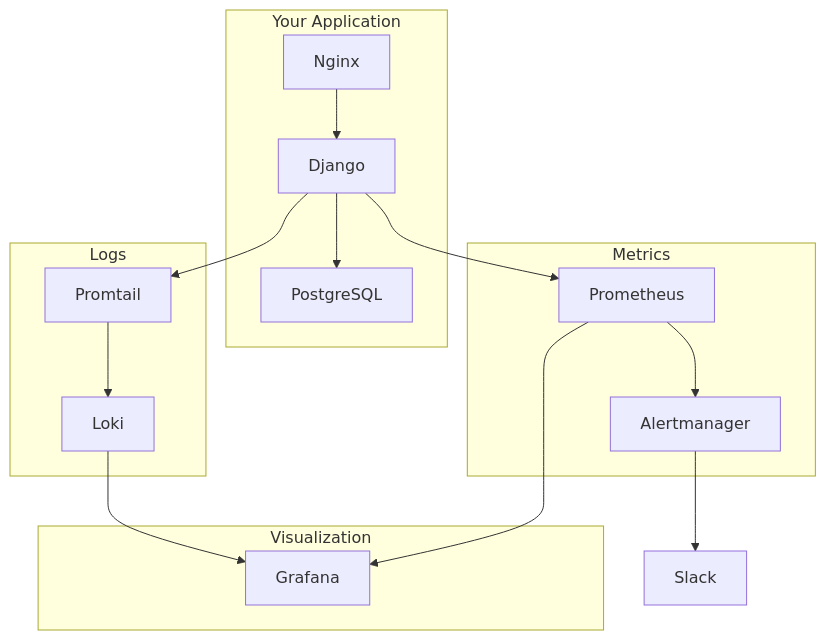
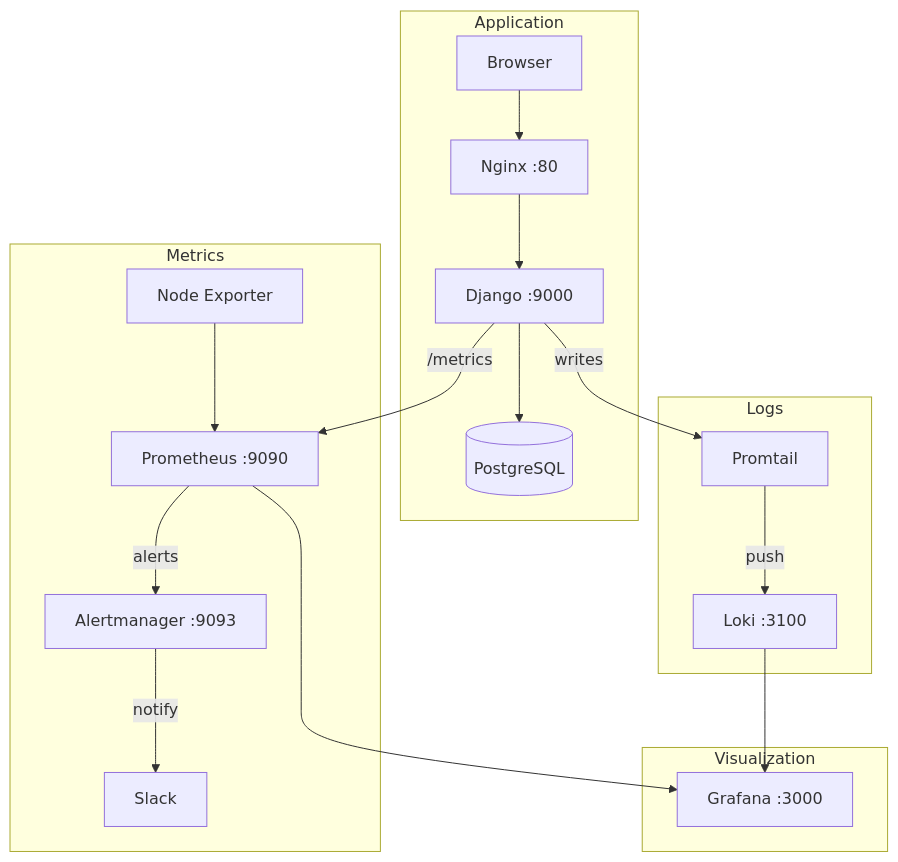
One commit to MdAshiqurRahmanZayed/django-observability changed the diagram in docs/index.md. Above: the diagram before and after it, drawn with Mermaid. The commit also changed other lines of this file and 11 other files, not shown here.

````diff
--- a/docs/index.md
+++ b/docs/index.md
@@ -115,24 +121,25 @@
 ```mermaid
 graph TB
-    subgraph "Your Application"
-        A[Nginx] --> B[Django]
-        B --> C[PostgreSQL]
+    subgraph "Application"
+        U[Browser] --> N[Nginx :80]
+        N --> D[Django :9000]
+        D --> DB[(PostgreSQL)]
     end
 
     subgraph "Metrics"
-        B --> D[Prometheus]
-        D --> E[Alertmanager]
+        D -->|/metrics| P[Prometheus :9090]
+        NE[Node Exporter] --> P
+        P -->|alerts| AM[Alertmanager :9093]
+        AM -->|notify| S[Slack]
     end
 
     subgraph "Logs"
-        B --> F[Promtail]
-        F --> G[Loki]
+        D -->|writes| PT[Promtail]
+        PT -->|push| L[Loki :3100]
     end
 
     subgraph "Visualization"
-        D --> H[Grafana]
-        G --> H
+        P --> G[Grafana :3000]
+        L --> G
     end
-
-    E --> I[Slack]
 ```
````
